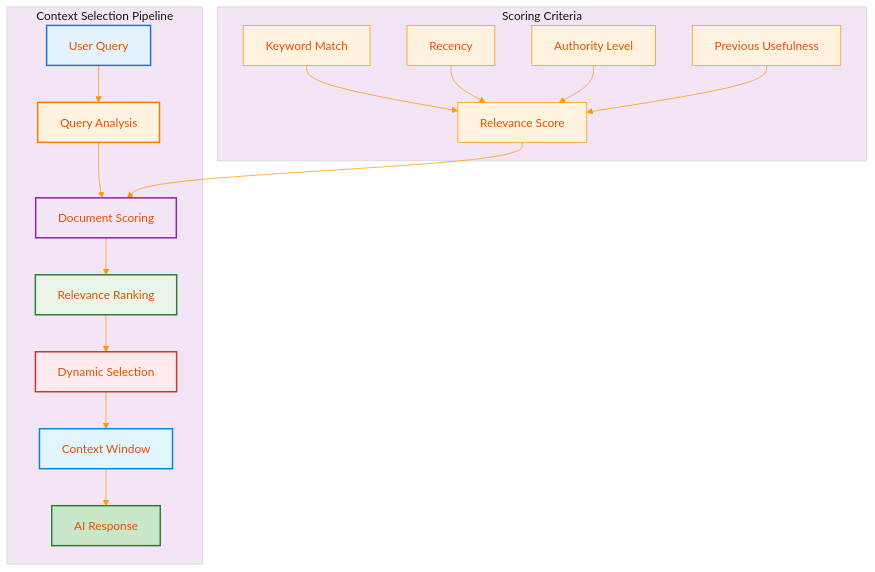
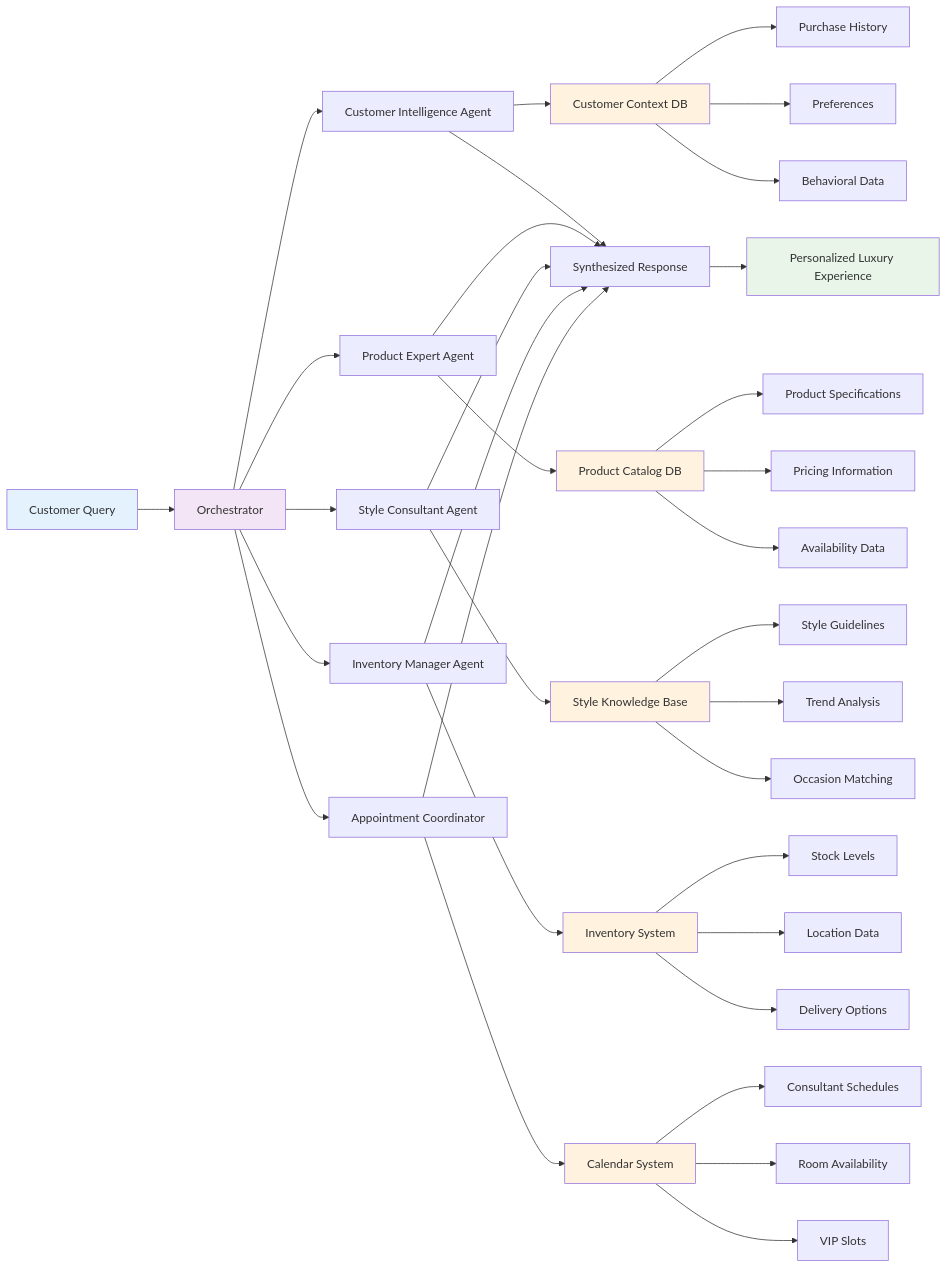
The fourth of 5 diagrams in 37-contex.md (raphaelmansuy/tutorials), drawn with Mermaid before and after one commit. The commit also changed other lines of this file, not shown here.

````diff
--- a/37-contex.md
+++ b/37-contex.md
@@ -389,28 +1409,53 @@
 ```mermaid
-%%{init: {'theme':'base', 'themeVariables': { 'primaryColor': '#fff3e0', 'primaryTextColor': '#e65100', 'primaryBorderColor': '#ff9800', 'lineColor': '#ff9800', 'secondaryColor': '#e8f5e8', 'tertiaryColor': '#f3e5f5', 'background': '#ffffff', 'mainBkg': '#fff3e0', 'secondBkg': '#e8f5e8', 'tertiaryBkg': '#f3e5f5'}}}%%
-flowchart TD
-    subgraph "Context Selection Pipeline"
-        A[User Query] --> B[Query Analysis]
-        B --> C[Document Scoring]
-        C --> D[Relevance Ranking]
-        D --> E[Dynamic Selection]
-        E --> F[Context Window]
-        F --> G[AI Response]
-    end
-    
-    subgraph "Scoring Criteria"
-        H[Keyword Match] --> I[Relevance Score]
-        J[Recency] --> I
-        K[Authority Level] --> I
-        L[Previous Usefulness] --> I
-        I --> C
-    end
-    
-    style A fill:#e3f2fd,stroke:#1976d2,stroke-width:2px
-    style B fill:#fff3e0,stroke:#f57c00,stroke-width:2px
-    style C fill:#f3e5f5,stroke:#8e24aa,stroke-width:2px
-    style D fill:#e8f5e8,stroke:#2e7d32,stroke-width:2px
-    style E fill:#ffebee,stroke:#d32f2f,stroke-width:2px
-    style F fill:#e1f5fe,stroke:#0288d1,stroke-width:2px
-    style G fill:#c8e6c9,stroke:#2e7d32,stroke-width:2px
+graph LR
+    A[Customer Query] --> B[Orchestrator]
+
+    B --> C[Customer Intelligence Agent]
+    B --> D[Product Expert Agent]
+    B --> E[Style Consultant Agent]
+    B --> F[Inventory Manager Agent]
+    B --> G[Appointment Coordinator]
+
+    C --> H[Customer Context DB]
+    D --> I[Product Catalog DB]
+    E --> J[Style Knowledge Base]
+    F --> K[Inventory System]
+    G --> L[Calendar System]
+
+    H --> M[Purchase History]
+    H --> N[Preferences]
+    H --> O[Behavioral Data]
+
+    I --> P[Product Specifications]
+    I --> Q[Pricing Information]
+    I --> R[Availability Data]
+
+    J --> S[Style Guidelines]
+    J --> T[Trend Analysis]
+    J --> U[Occasion Matching]
+
+    K --> V[Stock Levels]
+    K --> W[Location Data]
+    K --> X[Delivery Options]
+
+    L --> Y[Consultant Schedules]
+    L --> Z[Room Availability]
+    L --> AA[VIP Slots]
+
+    C --> BB[Synthesized Response]
+    D --> BB
+    E --> BB
+    F --> BB
+    G --> BB
+
+    BB --> CC[Personalized Luxury Experience]
+
+    style A fill:#e3f2fd
+    style B fill:#f3e5f5
+    style CC fill:#e8f5e8
+    style H fill:#fff3e0
+    style I fill:#fff3e0
+    style J fill:#fff3e0
+    style K fill:#fff3e0
+    style L fill:#fff3e0
 ```
````
